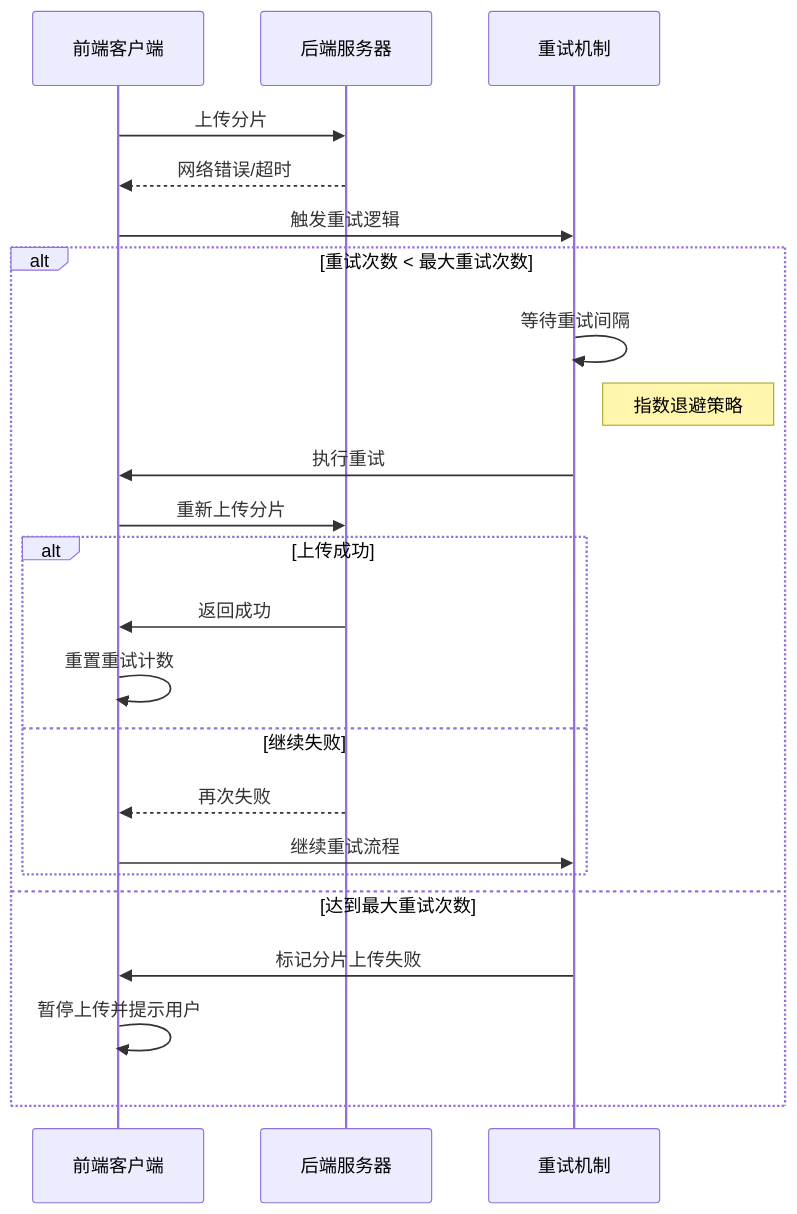
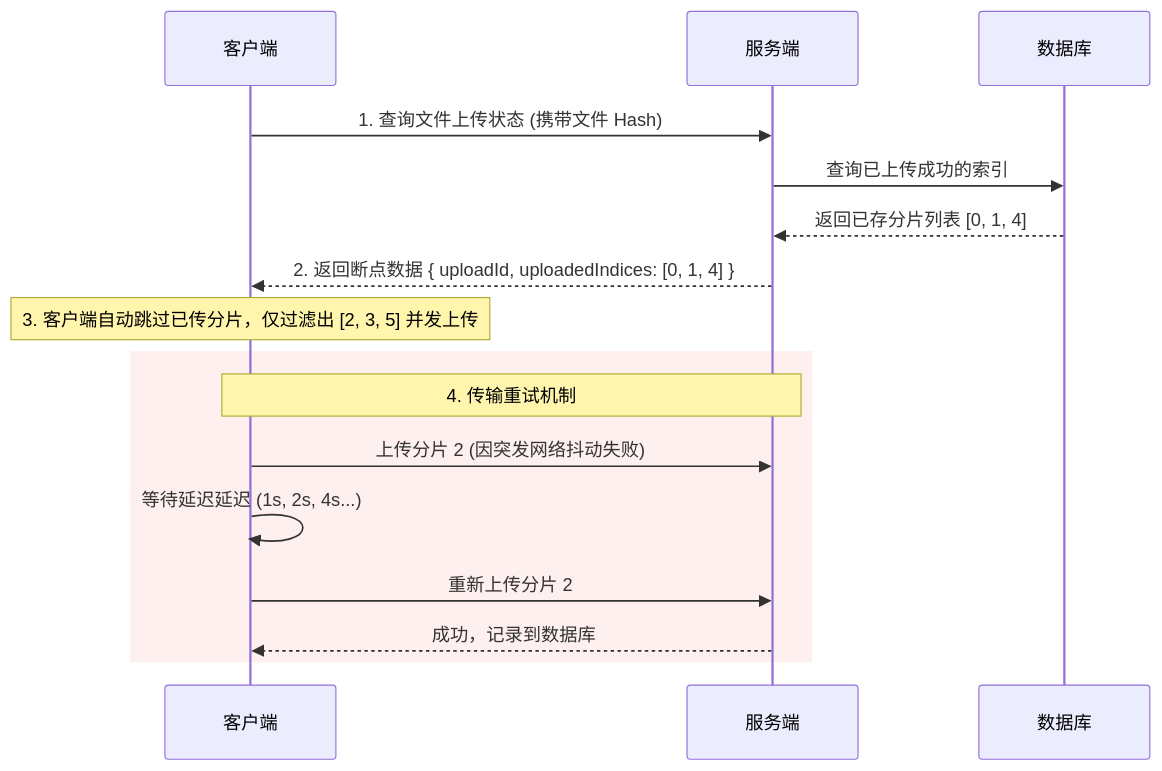
One commit to weihongyu12/web changed the fourth of 4 diagrams in docs/features/file-upload/README.md. Above: the diagram before and after it, drawn with Mermaid. The commit also changed other lines of this file, not shown here.

````diff
--- a/docs/features/file-upload/README.md
+++ b/docs/features/file-upload/README.md
@@ -422,29 +221,21 @@
 ```mermaid
 sequenceDiagram
-    participant C as 前端客户端
-    participant S as 后端服务器
-    participant R as 重试机制
+    participant C as 客户端
+    participant S as 服务端
+    participant DB as 数据库
 
-    C->>S: 上传分片
-    S-->>C: 网络错误/超时
+    C->>S: 1. 查询文件上传状态 (携带文件 Hash)
+    S->>DB: 查询已上传成功的索引
+    DB-->>S: 返回已存分片列表 [0, 1, 4]
+    S-->>C: 2. 返回断点数据 { uploadId, uploadedIndices: [0, 1, 4] }
+
+    Note over C: 3. 客户端自动跳过已传分片，仅过滤出 [2, 3, 5] 并发上传
     
-    C->>R: 触发重试逻辑
-    
-    alt 重试次数 < 最大重试次数
-        R->>R: 等待重试间隔
-        Note right of R: 指数退避策略
-        R->>C: 执行重试
-        C->>S: 重新上传分片
-        
-        alt 上传成功
-            S->>C: 返回成功
-            C->>C: 重置重试计数
-        else 继续失败
-            S-->>C: 再次失败
-            C->>R: 继续重试流程
-        end
-    else 达到最大重试次数
-        R->>C: 标记分片上传失败
-        C->>C: 暂停上传并提示用户
+    rect rgb(255, 240, 240)
+        Note over C,S: 4. 传输重试机制
+        C->>S: 上传分片 2 (因突发网络抖动失败)
+        C->>C: 等待延迟延迟 (1s, 2s, 4s...)
+        C->>S: 重新上传分片 2
+        S-->>C: 成功，记录到数据库
     end
 ```
````
